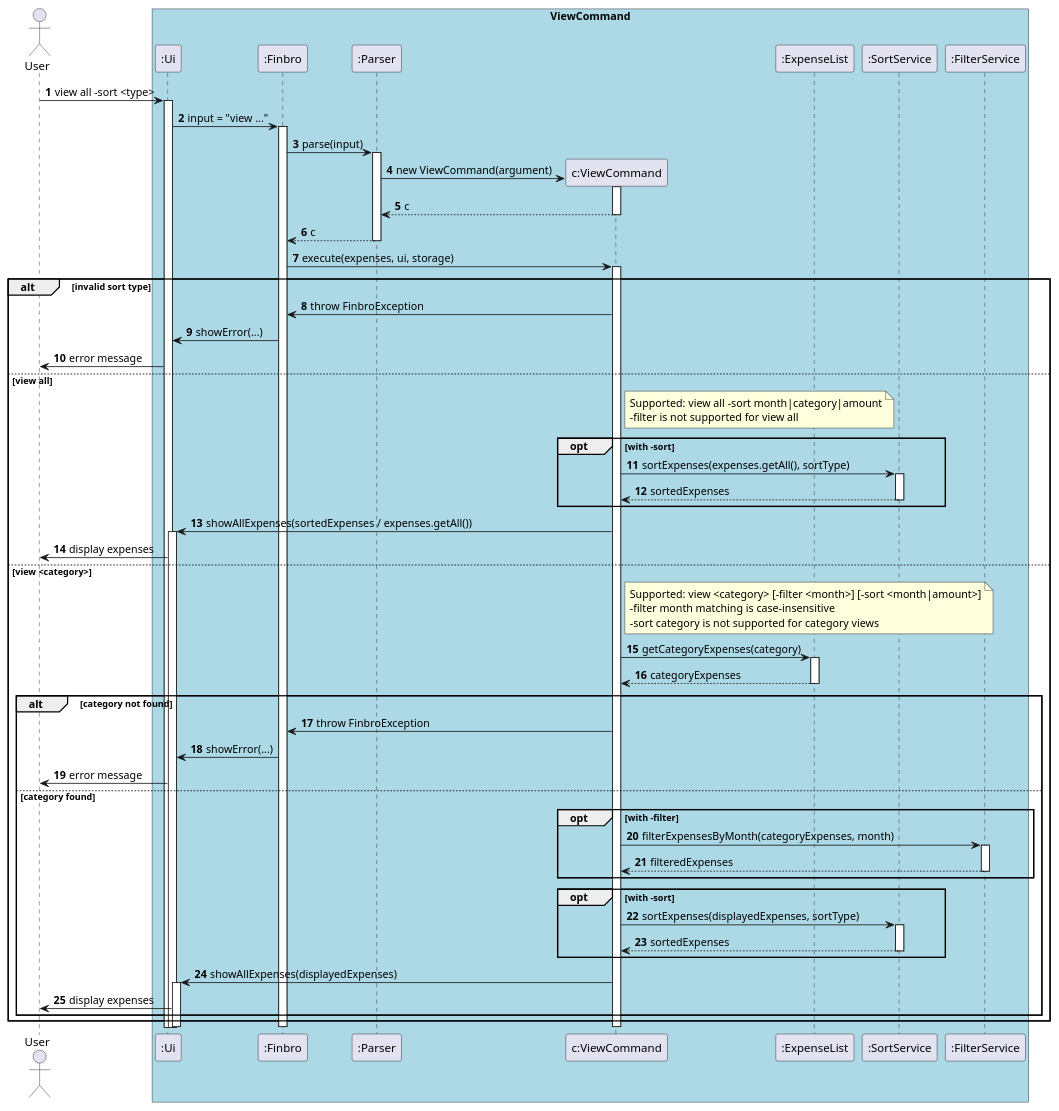
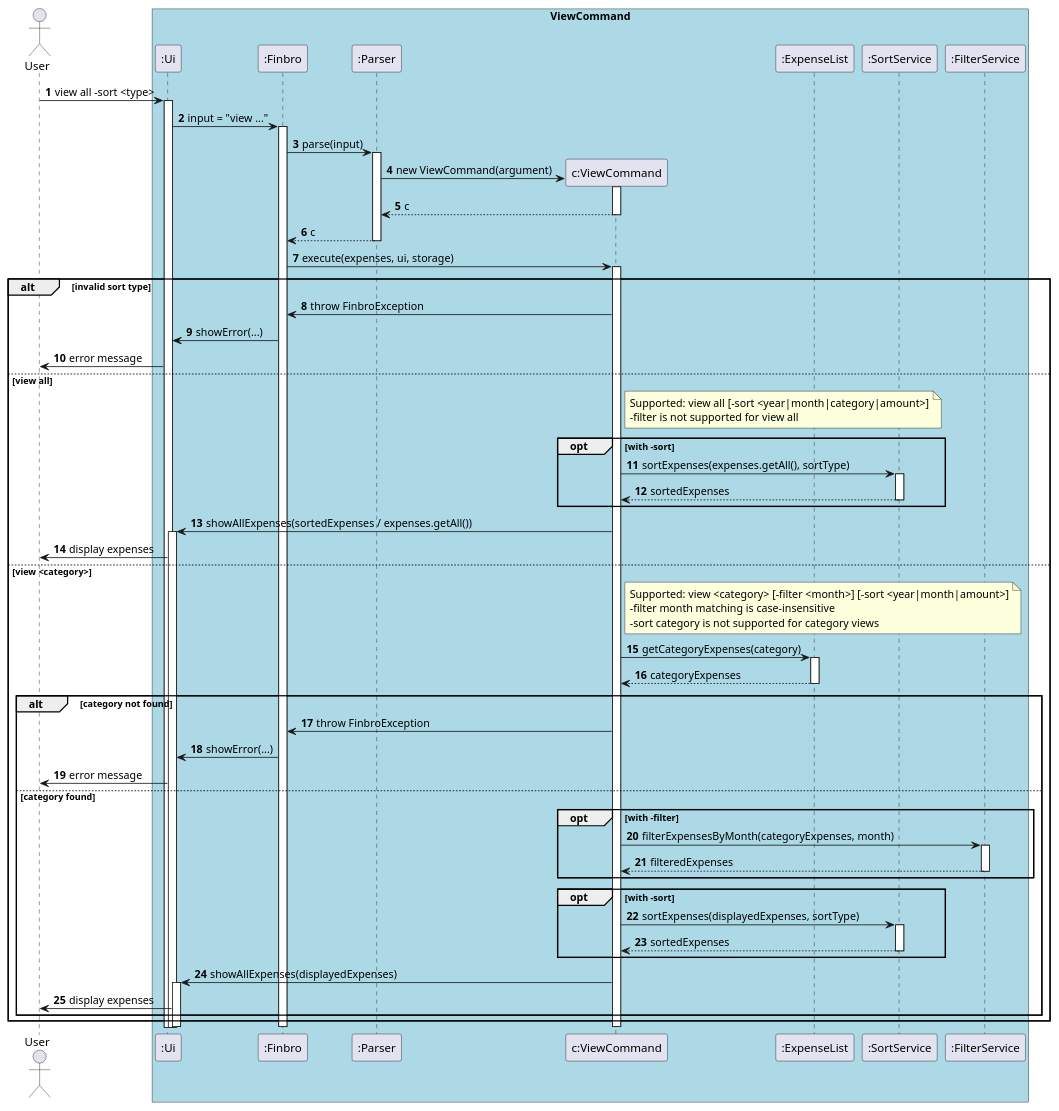
One commit to zihaoalt/tp changed the diagram in docs/UML_diagrams/ViewCommand_Advanced.puml. Above: the diagram before and after it, drawn with PlantUML. The commit also changed 3 other files, not shown here.

Commit message:
Update guides to reflect addition of -sort year

```diff
--- a/docs/UML_diagrams/ViewCommand_Advanced.puml
+++ b/docs/UML_diagrams/ViewCommand_Advanced.puml
@@ -1,95 +1,95 @@
 @startuml ViewCommand_Advanced
 'https://plantuml.com/sequence-diagram
 actor User
 
 box "ViewCommand" #LightBlue
 participant ":Ui"
 participant ":Finbro"
 participant ":Parser"
 participant "c:ViewCommand"
 participant ":ExpenseList"
 participant ":SortService"
 participant ":FilterService"
 end box
 
 autonumber
 
 User -> ":Ui" : view all -sort <type>
 activate ":Ui"
 
 ":Ui" -> ":Finbro" : input = "view ..."
 activate ":Finbro"
 
 ":Finbro" -> ":Parser" : parse(input)
 activate ":Parser"
 
 create "c:ViewCommand"
 ":Parser" -> "c:ViewCommand" : new ViewCommand(argument)
 activate "c:ViewCommand"
 return c
 return c
 
 ":Finbro" -> "c:ViewCommand" : execute(expenses, ui, storage)
 activate "c:ViewCommand"
 
 alt invalid sort type
 	"c:ViewCommand" -> ":Finbro" : throw FinbroException
 	":Finbro" -> ":Ui" : showError(...)
 	":Ui" -> User : error message
 
 else view all
 	note right of "c:ViewCommand"
-	  Supported: view all -sort month|category|amount
+	  Supported: view all [-sort <year|month|category|amount>]
 	  -filter is not supported for view all
 	end note
 
 	opt with -sort
 		"c:ViewCommand" -> ":SortService" : sortExpenses(expenses.getAll(), sortType)
 		activate ":SortService"
 		return sortedExpenses
 	end
 
 	"c:ViewCommand" -> ":Ui" : showAllExpenses(sortedExpenses / expenses.getAll())
 	activate ":Ui"
 	":Ui" -> User : display expenses
 
 else view <category>
 	note right of "c:ViewCommand"
-	  Supported: view <category> [-filter <month>] [-sort <month|amount>]
+	  Supported: view <category> [-filter <month>] [-sort <year|month|amount>]
 	  -filter month matching is case-insensitive
 	  -sort category is not supported for category views
 	end note
 
 	"c:ViewCommand" -> ":ExpenseList" : getCategoryExpenses(category)
 	activate ":ExpenseList"
 	return categoryExpenses
 
 	alt category not found
 		"c:ViewCommand" -> ":Finbro" : throw FinbroException
 		":Finbro" -> ":Ui" : showError(...)
 		":Ui" -> User : error message
 
 	else category found
 		opt with -filter
 			"c:ViewCommand" -> ":FilterService" : filterExpensesByMonth(categoryExpenses, month)
 			activate ":FilterService"
 			return filteredExpenses
 		end
 
 		opt with -sort
 			"c:ViewCommand" -> ":SortService" : sortExpenses(displayedExpenses, sortType)
 			activate ":SortService"
 			return sortedExpenses
 		end
 
 		"c:ViewCommand" -> ":Ui" : showAllExpenses(displayedExpenses)
 		activate ":Ui"
 		":Ui" -> User : display expenses
 	end
 end
 
 deactivate "c:ViewCommand"
 deactivate ":Finbro"
 deactivate ":Ui"
 
 @enduml
```
